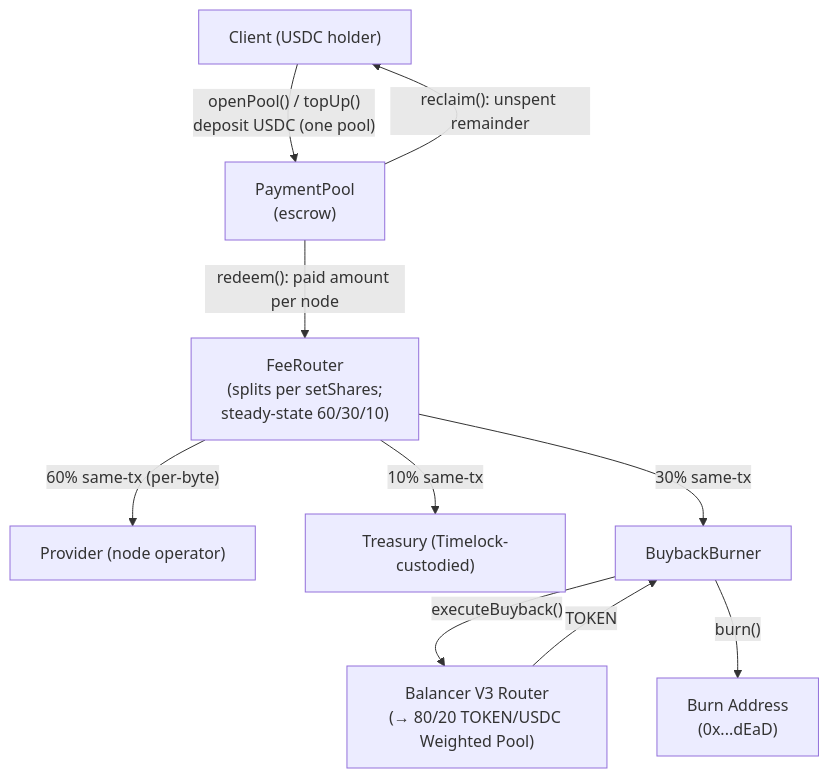
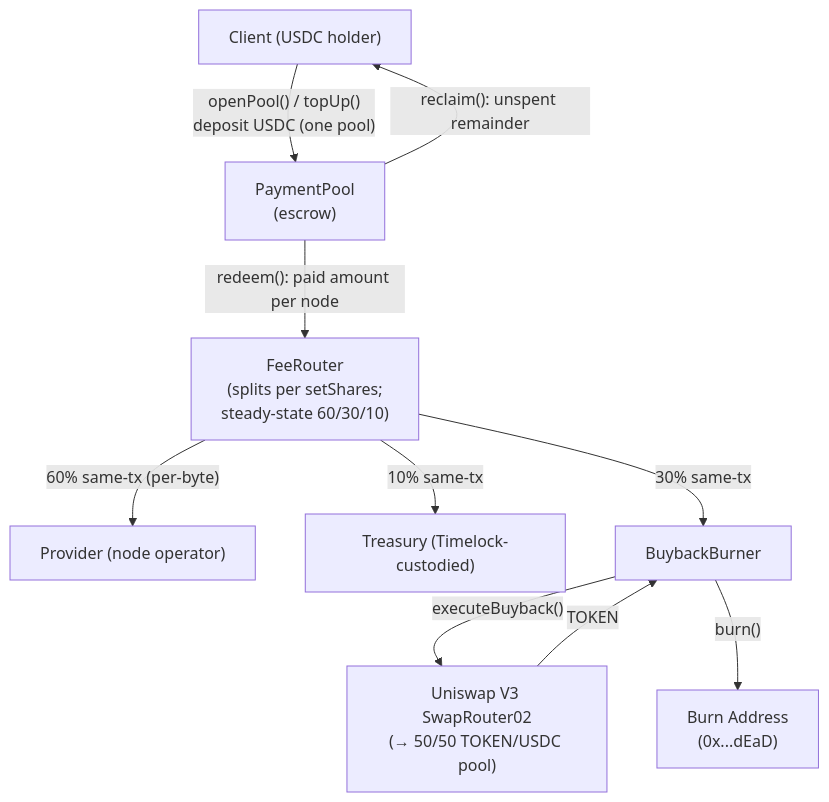
Before and after one commit to decdn/decdn: the fourth of 5 diagrams in adr/016-contract-interactions.md, drawn with Mermaid. The commit also changed other lines of this file and 34 other files, not shown here.

First line of the commit message:
refactor(contracts)!: remove Balancer buyback venue, make Uniswap V3 canonical (#2043)

````diff
--- a/adr/016-contract-interactions.md
+++ b/adr/016-contract-interactions.md
@@ -542,21 +542,21 @@
 ```mermaid
 flowchart TD
     Client["Client (USDC holder)"]
     PC["PaymentPool<br/>(escrow)"]
     FR["FeeRouter<br/>(splits per setShares;<br/>steady-state 60/30/10)"]
     Provider["Provider (node operator)"]
     Treasury["Treasury (Timelock-custodied)"]
     BB["BuybackBurner"]
-    BAL["Balancer V3 Router<br/>(→ 80/20 TOKEN/USDC Weighted Pool)"]
+    UNI["Uniswap V3 SwapRouter02<br/>(→ 50/50 TOKEN/USDC pool)"]
     BURN["Burn Address<br/>(0x...dEaD)"]
 
     Client -->|"openPool() / topUp()<br/>deposit USDC (one pool)"| PC
     PC -->|"redeem(): paid amount per node"| FR
     PC -->|"reclaim(): unspent remainder"| Client
     FR -->|"60% same-tx (per-byte)"| Provider
     FR -->|"30% same-tx"| BB
     FR -->|"10% same-tx"| Treasury
-    BB -->|"executeBuyback()"| BAL
-    BAL -->|"TOKEN"| BB
+    BB -->|"executeBuyback()"| UNI
+    UNI -->|"TOKEN"| BB
     BB -->|"burn()"| BURN
 ```
````
